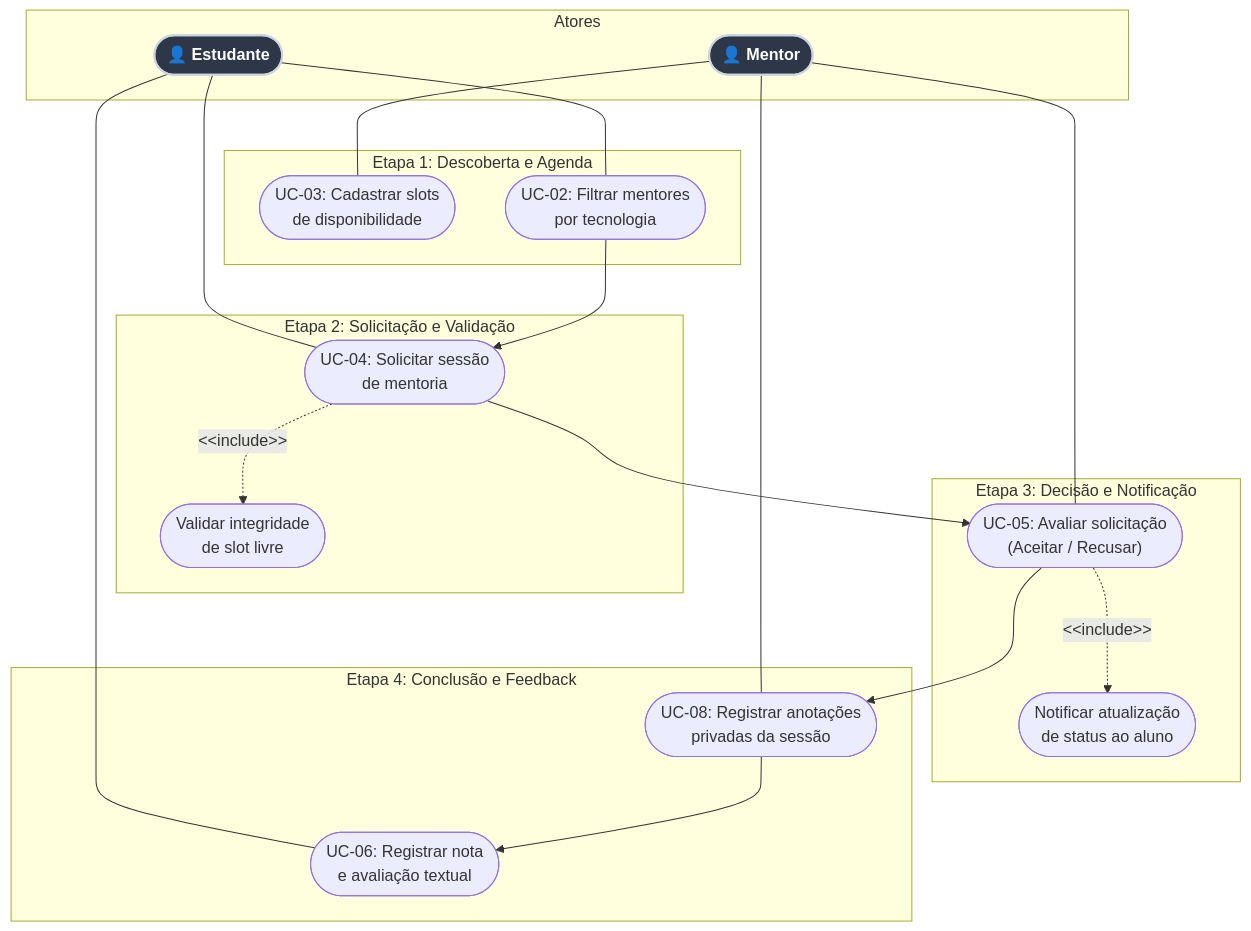
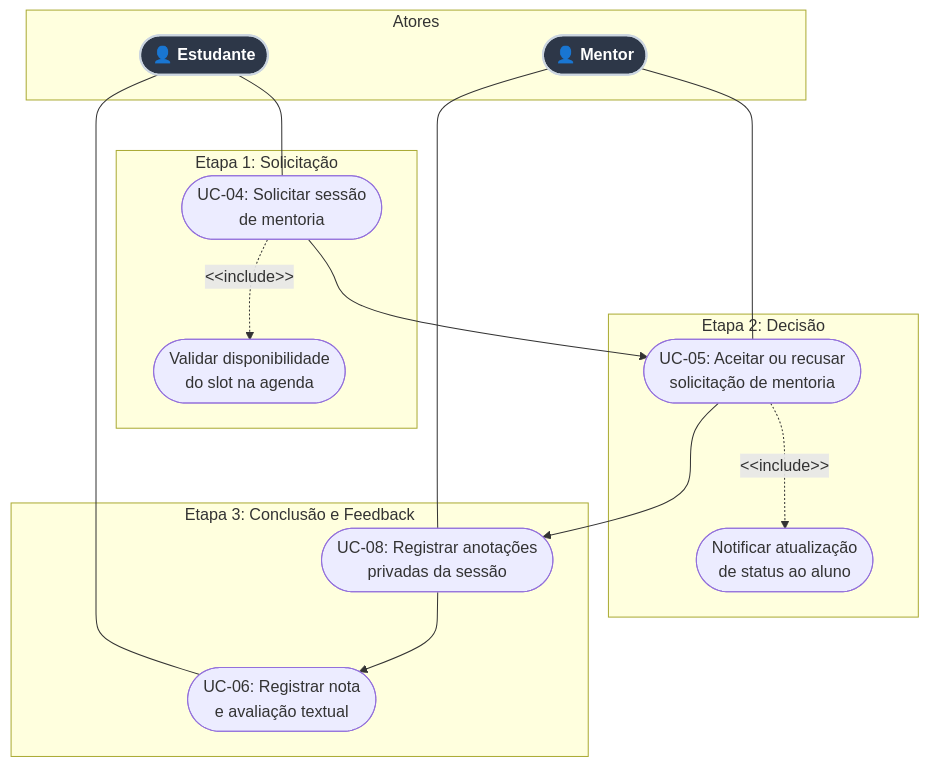
Before and after one commit to leorruas/puc: the third of 5 diagrams in 06. Projeto - Aplicacao Interativa/00 – Projeto de fato.md, drawn with Mermaid. The commit also changed other lines of this file, not shown here.

Commit message:
docs(projeto): modularizar casos de uso em diagramas verticais por fronteira funcional

````diff
--- a/06. Projeto - Aplicacao Interativa/00 – Projeto de fato.md
+++ b/06. Projeto - Aplicacao Interativa/00 – Projeto de fato.md
@@ -216,46 +210,37 @@
 ```mermaid
 flowchart TD
-    subgraph AtoresMentoria["Atores"]
-        AtorAluno(["👤 Estudante"]):::actorStyle
-        AtorMentor(["👤 Mentor"]):::actorStyle
+    subgraph AtoresCiclo["Atores"]
+        AlunoCiclo(["👤 Estudante"]):::actorStyle
+        MentorCiclo(["👤 Mentor"]):::actorStyle
     end
 
-    subgraph Etapa1["Etapa 1: Descoberta e Agenda"]
-        UC_Slots(["UC-03: Cadastrar slots<br>de disponibilidade"])
-        UC_Filtrar(["UC-02: Filtrar mentores<br>por tecnologia"])
+    subgraph FaseSolicitacao["Etapa 1: Solicitação"]
+        UC04_Solicitar(["UC-04: Solicitar sessão<br>de mentoria"])
+        UC_ValidaSlot(["Validar disponibilidade<br>do slot na agenda"])
     end
 
-    subgraph Etapa2["Etapa 2: Solicitação e Validação"]
-        UC_Solicitar(["UC-04: Solicitar sessão<br>de mentoria"])
-        UC_ValidarSlot(["Validar integridade<br>de slot livre"])
+    subgraph FaseDecisao["Etapa 2: Decisão"]
+        UC05_Decidir(["UC-05: Aceitar ou recusar<br>solicitação de mentoria"])
+        UC_EnviaAlerta(["Notificar atualização<br>de status ao aluno"])
     end
 
-    subgraph Etapa3["Etapa 3: Decisão e Notificação"]
-        UC_Decidir(["UC-05: Avaliar solicitação<br>(Aceitar / Recusar)"])
-        UC_Notificar(["Notificar atualização<br>de status ao aluno"])
+    subgraph FaseConclusao["Etapa 3: Conclusão e Feedback"]
+        UC08_Historico(["UC-08: Registrar anotações<br>privadas da sessão"])
+        UC06_Avaliar(["UC-06: Registrar nota<br>e avaliação textual"])
     end
 
-    subgraph Etapa4["Etapa 4: Conclusão e Feedback"]
-        UC_Historico(["UC-08: Registrar anotações<br>privadas da sessão"])
-        UC_Avaliar(["UC-06: Registrar nota<br>e avaliação textual"])
-    end
+    AlunoCiclo --- UC04_Solicitar
+    UC04_Solicitar -.->|&lt;&lt;include&gt;&gt;| UC_ValidaSlot
 
-    AtorMentor --- UC_Slots
-    AtorAluno --- UC_Filtrar
+    UC04_Solicitar --> UC05_Decidir
+    MentorCiclo --- UC05_Decidir
+    UC05_Decidir -.->|&lt;&lt;include&gt;&gt;| UC_EnviaAlerta
 
-    UC_Filtrar --> UC_Solicitar
-    AtorAluno --- UC_Solicitar
-    UC_Solicitar -.->|&lt;&lt;include&gt;&gt;| UC_ValidarSlot
+    UC05_Decidir --> UC08_Historico
+    MentorCiclo --- UC08_Historico
 
-    UC_Solicitar --> UC_Decidir
-    AtorMentor --- UC_Decidir
-    UC_Decidir -.->|&lt;&lt;include&gt;&gt;| UC_Notificar
-
-    UC_Decidir --> UC_Historico
-    AtorMentor --- UC_Historico
-
-    UC_Historico --> UC_Avaliar
-    AtorAluno --- UC_Avaliar
+    UC08_Historico --> UC06_Avaliar
+    AlunoCiclo --- UC06_Avaliar
 
     classDef actorStyle fill:#2d3748,stroke:#cbd5e0,stroke-width:2px,color:#ffffff,font-weight:bold;
 ```
````
